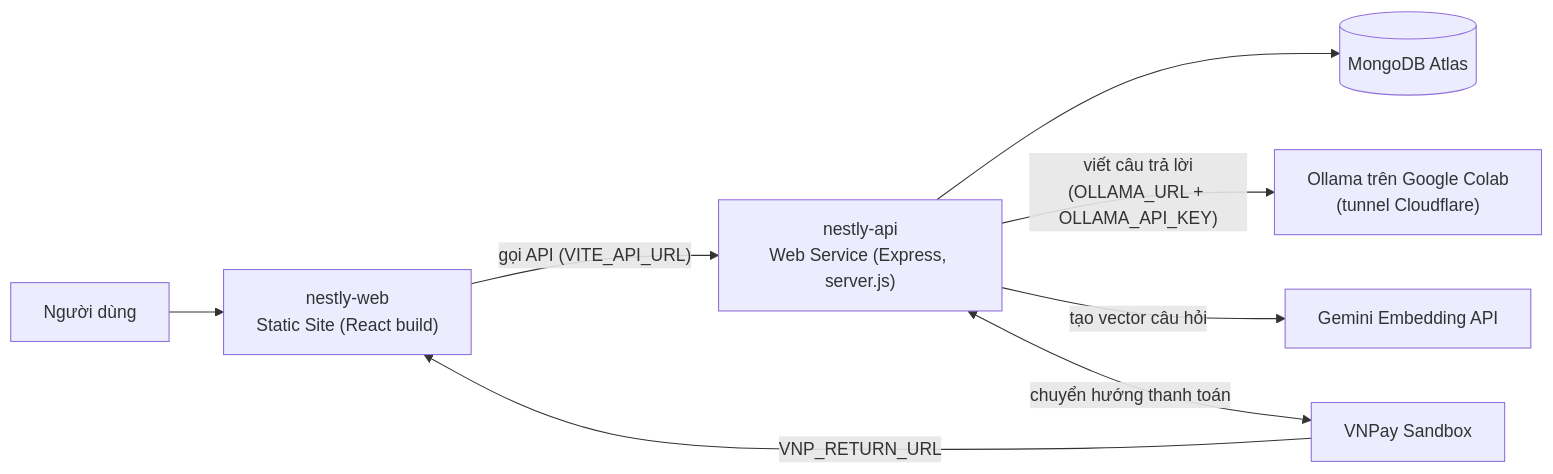
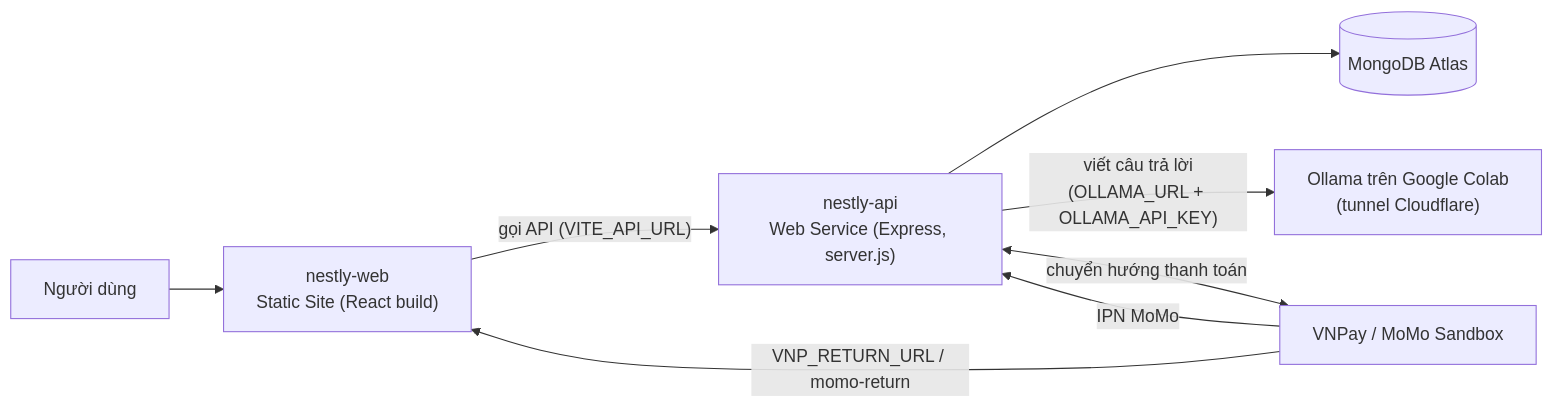
One commit to Guarz/010100086404-DoAnChuyenNganh changed the diagram in docs/deploy-render.md. Above: the diagram before and after it, drawn with Mermaid. The commit also changed other lines of this file and 87 other files, not shown here.

````diff
--- a/docs/deploy-render.md
+++ b/docs/deploy-render.md
@@ -5,10 +5,10 @@
 ```mermaid
 flowchart LR
     U[Người dùng] --> FE["nestly-web<br/>Static Site (React build)"]
     FE -- "gọi API (VITE_API_URL)" --> BE["nestly-api<br/>Web Service (Express, server.js)"]
     BE --> DB[(MongoDB Atlas)]
     BE -- "viết câu trả lời<br/>(OLLAMA_URL + OLLAMA_API_KEY)" --> O["Ollama trên Google Colab<br/>(tunnel Cloudflare)"]
-    BE -- "tạo vector câu hỏi" --> G[Gemini Embedding API]
-    BE <-- "chuyển hướng thanh toán" --> V[VNPay Sandbox]
-    V -- "VNP_RETURN_URL" --> FE
+    BE <-- "chuyển hướng thanh toán" --> V[VNPay / MoMo Sandbox]
+    V -- "VNP_RETURN_URL / momo-return" --> FE
+    V -- "IPN MoMo" --> BE
 ```
````
